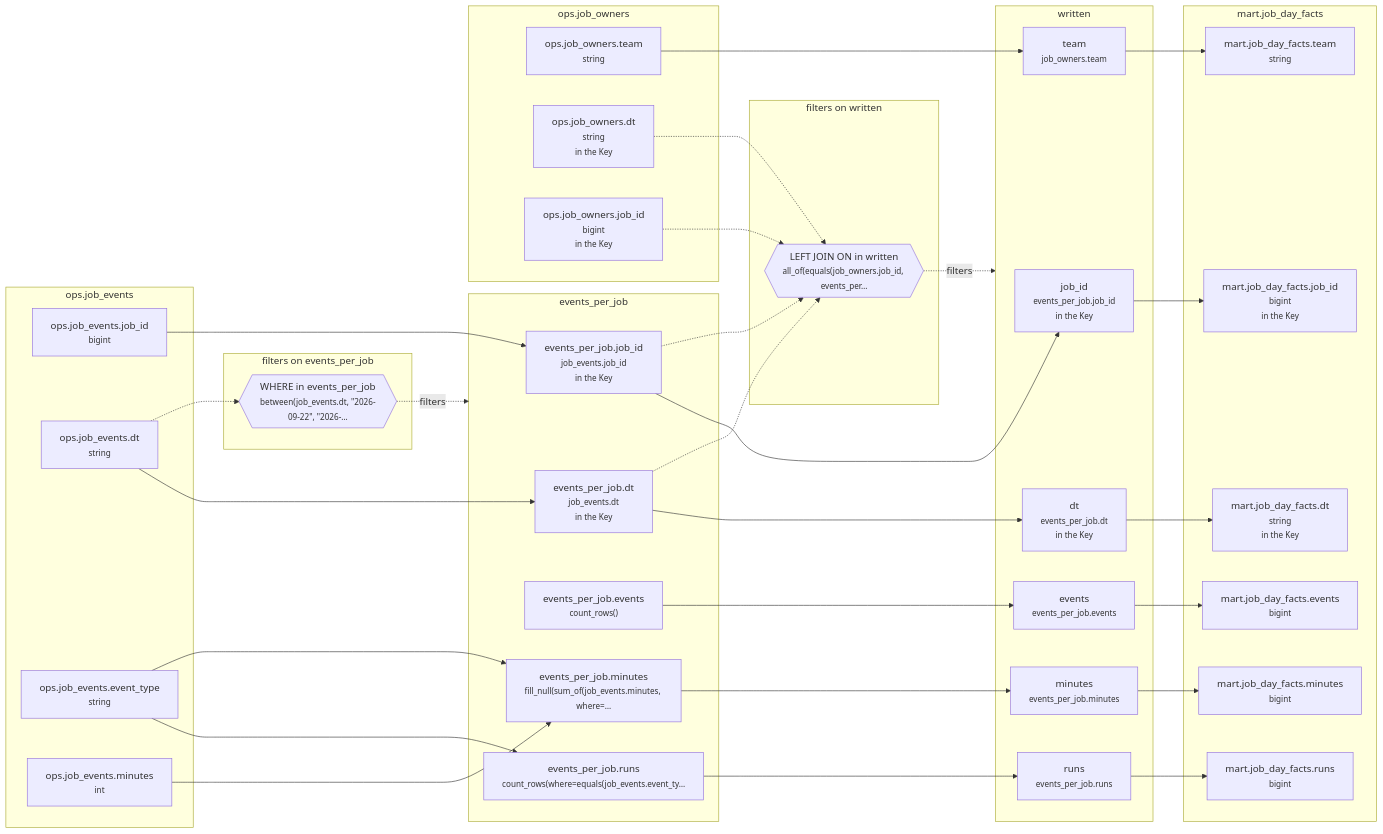
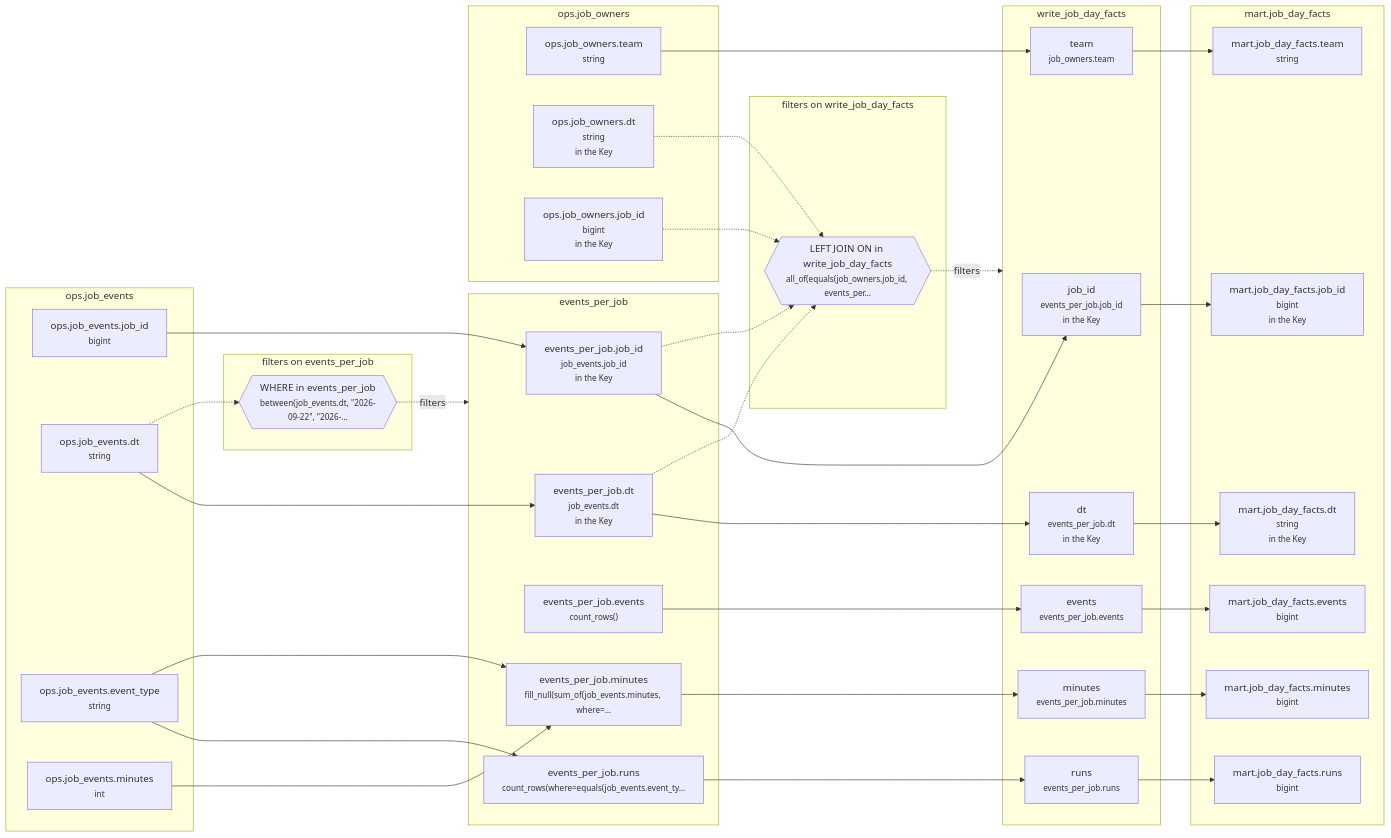
The diagram in example_projects/intermediate/tables/mart__job_day_facts/lineage/20260925-060000-mart__job_day_facts.md (EdgyPage/SQL-Composer), drawn with Mermaid before and after one commit. The commit also changed other lines of this file and 148 other files, not shown here.

````diff
--- a/example_projects/intermediate/tables/mart__job_day_facts/lineage/20260925-060000-mart__job_day_facts.md
+++ b/example_projects/intermediate/tables/mart__job_day_facts/lineage/20260925-060000-mart__job_day_facts.md
@@ -7,67 +7,67 @@
 ```mermaid
 flowchart LR
   subgraph g0["ops.job_events"]
     n0["ops.job_events.job_id<br/><small>bigint</small>"]
     n2["ops.job_events.dt<br/><small>string</small>"]
     n5["ops.job_events.event_type<br/><small>string</small>"]
     n7["ops.job_events.minutes<br/><small>int</small>"]
   end
   subgraph g1["events_per_job"]
     n1["events_per_job.job_id<br/><small>job_events.job_id</small><br/><small>in the Key</small>"]
     n3["events_per_job.dt<br/><small>job_events.dt</small><br/><small>in the Key</small>"]
     n4["events_per_job.events<br/><small>count_rows()</small>"]
     n6["events_per_job.runs<br/><small>count_rows(where=equals(job_events.event_ty…</small>"]
     n8["events_per_job.minutes<br/><small>fill_null(sum_of(job_events.minutes, where=…</small>"]
   end
   subgraph g2["filters on events_per_job"]
     n9{{"WHERE in events_per_job<br/><small>between(job_events.dt, #quot;2026-09-22#quot;, #quot;2026-…</small>"}}
   end
-  subgraph g3["written"]
+  subgraph g3["write_job_day_facts"]
     n10["job_id<br/><small>events_per_job.job_id</small><br/><small>in the Key</small>"]
     n12["team<br/><small>job_owners.team</small>"]
     n13["events<br/><small>events_per_job.events</small>"]
     n14["runs<br/><small>events_per_job.runs</small>"]
     n15["minutes<br/><small>events_per_job.minutes</small>"]
     n16["dt<br/><small>events_per_job.dt</small><br/><small>in the Key</small>"]
   end
   subgraph g4["ops.job_owners"]
     n11["ops.job_owners.team<br/><small>string</small>"]
     n18["ops.job_owners.dt<br/><small>string</small><br/><small>in the Key</small>"]
     n19["ops.job_owners.job_id<br/><small>bigint</small><br/><small>in the Key</small>"]
   end
-  subgraph g5["filters on written"]
-    n17{{"LEFT JOIN ON in written<br/><small>all_of(equals(job_owners.job_id, events_per…</small>"}}
+  subgraph g5["filters on write_job_day_facts"]
+    n17{{"LEFT JOIN ON in write_job_day_facts<br/><small>all_of(equals(job_owners.job_id, events_per…</small>"}}
   end
   subgraph g6["mart.job_day_facts"]
     n20["mart.job_day_facts.job_id<br/><small>bigint</small><br/><small>in the Key</small>"]
     n21["mart.job_day_facts.team<br/><small>string</small>"]
     n22["mart.job_day_facts.events<br/><small>bigint</small>"]
     n23["mart.job_day_facts.runs<br/><small>bigint</small>"]
     n24["mart.job_day_facts.minutes<br/><small>bigint</small>"]
     n25["mart.job_day_facts.dt<br/><small>string</small><br/><small>in the Key</small>"]
   end
   n0 --> n1
   n2 --> n3
   n5 --> n6
   n7 --> n8
   n5 --> n8
   n2 -.-> n9
   n1 --> n10
   n11 --> n12
   n4 --> n13
   n6 --> n14
   n8 --> n15
   n3 --> n16
   n18 -.-> n17
   n19 -.-> n17
   n1 -.-> n17
   n3 -.-> n17
   n10 --> n20
   n12 --> n21
   n13 --> n22
   n14 --> n23
   n15 --> n24
   n16 --> n25
   n9 -.->|filters| g1
   n17 -.->|filters| g3
 ```
````
